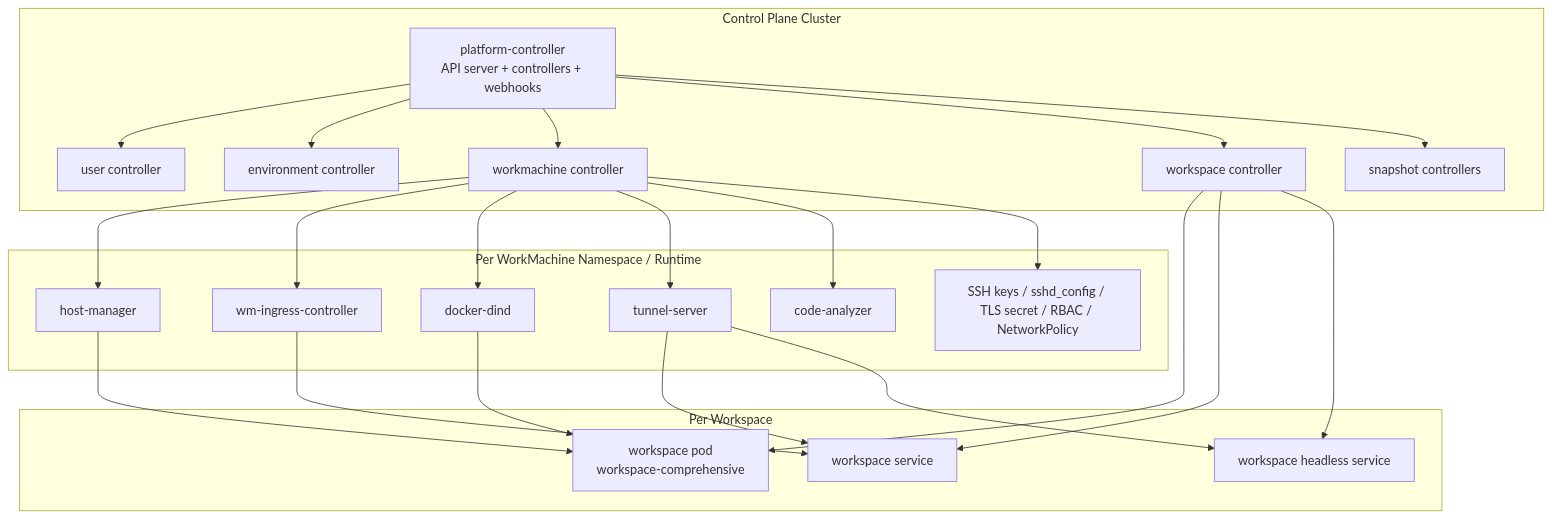
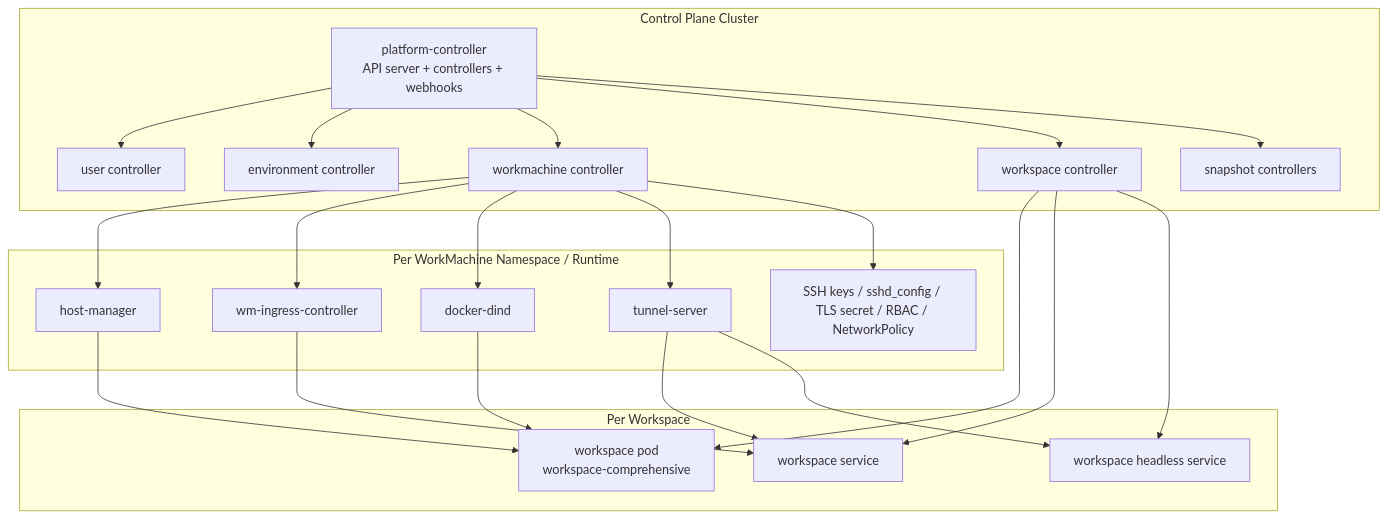
The diagram in docs/RUNTIME_ARCHITECTURE.md (kloudlite/kloudlite), drawn with Mermaid before and after one commit. The commit also changed other lines of this file and 22 other files, not shown here.

Commit message:
chore(api): remove code analyzer

````diff
--- a/docs/RUNTIME_ARCHITECTURE.md
+++ b/docs/RUNTIME_ARCHITECTURE.md
@@ -3,49 +3,47 @@
 ```mermaid
 flowchart TB
   subgraph CP[Control Plane Cluster]
     PC[platform-controller\nAPI server + controllers + webhooks]
     UC[user controller]
     EC[environment controller]
     WMC[workmachine controller]
     WSC[workspace controller]
     SC[snapshot controllers]
 
     PC --> UC
     PC --> EC
     PC --> WMC
     PC --> WSC
     PC --> SC
   end
 
   subgraph WM[Per WorkMachine Namespace / Runtime]
     HM[host-manager]
     IC[wm-ingress-controller]
     DD[docker-dind]
     TS[tunnel-server]
-    CA[code-analyzer]
     AUX[SSH keys / sshd_config / TLS secret / RBAC / NetworkPolicy]
   end
 
   subgraph WS[Per Workspace]
     WP[workspace pod\nworkspace-comprehensive]
     WSS[workspace service]
     WSH[workspace headless service]
   end
 
   WMC --> HM
   WMC --> IC
   WMC --> DD
   WMC --> TS
-  WMC --> CA
   WMC --> AUX
 
   WSC --> WP
   WSC --> WSS
   WSC --> WSH
 
   HM --> WP
   DD --> WP
   IC --> WSS
   TS --> WSS
   TS --> WSH
 ```
````
